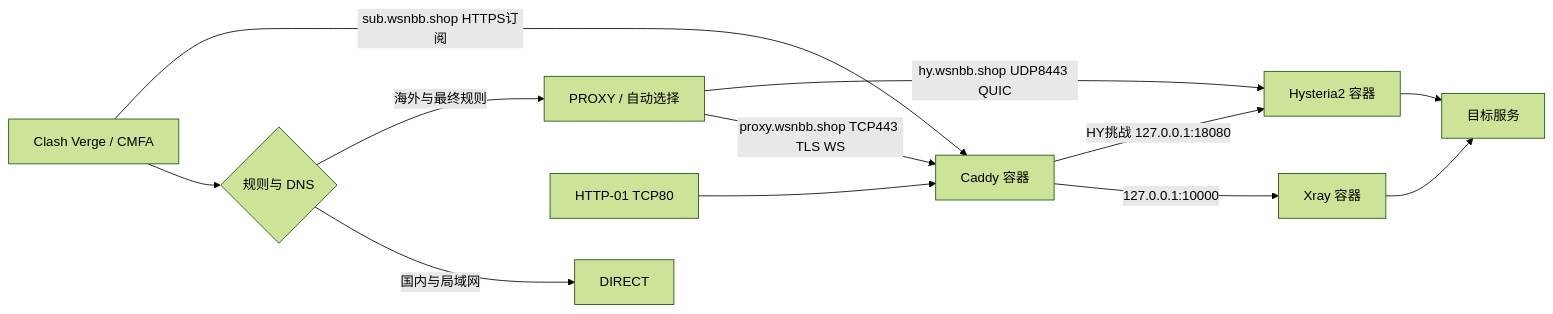
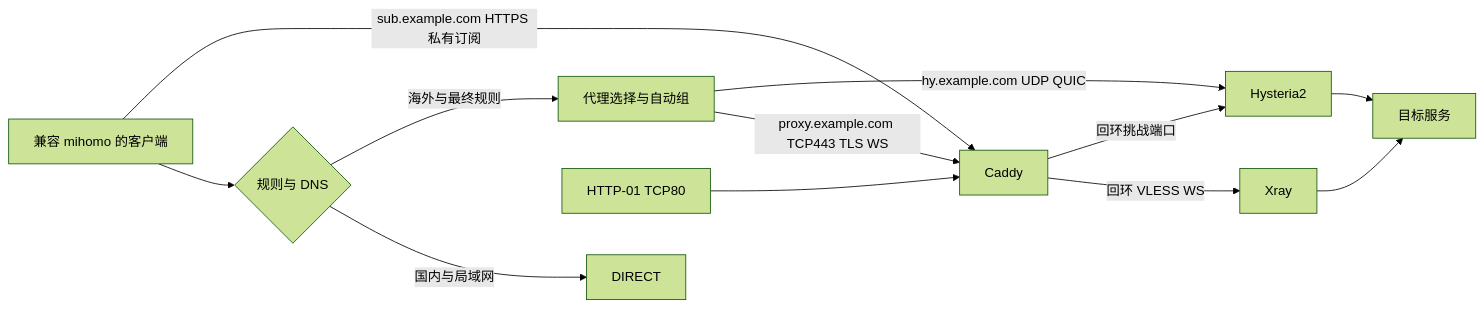
Before and after one commit to BugYuan64/Node: the diagram in 项目最终架构.md, drawn with Mermaid (forest theme). The commit also changed other lines of this file and 8 other files, not shown here.

````diff
--- a/项目最终架构.md
+++ b/项目最终架构.md
@@ -7,14 +7,14 @@
 ```mermaid
 flowchart LR
-    M[Clash Verge / CMFA] --> R{规则与 DNS}
+    M[兼容 mihomo 的客户端] --> R{规则与 DNS}
     R -->|国内与局域网| D[DIRECT]
-    R -->|海外与最终规则| G[PROXY / 自动选择]
-    G -->|proxy.wsnbb.shop TCP443 TLS WS| C[Caddy 容器]
-    C -->|127.0.0.1:10000| X[Xray 容器]
-    G -->|hy.wsnbb.shop UDP8443 QUIC| H[Hysteria2 容器]
-    M -->|sub.wsnbb.shop HTTPS订阅| C
+    R -->|海外与最终规则| G[代理选择与自动组]
+    G -->|proxy.example.com TCP443 TLS WS| C[Caddy]
+    C -->|回环 VLESS WS| X[Xray]
+    G -->|hy.example.com UDP QUIC| H[Hysteria2]
+    M -->|sub.example.com HTTPS 私有订阅| C
     A[HTTP-01 TCP80] --> C
-    C -->|HY挑战 127.0.0.1:18080| H
+    C -->|回环挑战端口| H
     X --> F[目标服务]
     H --> F
 ```
````
